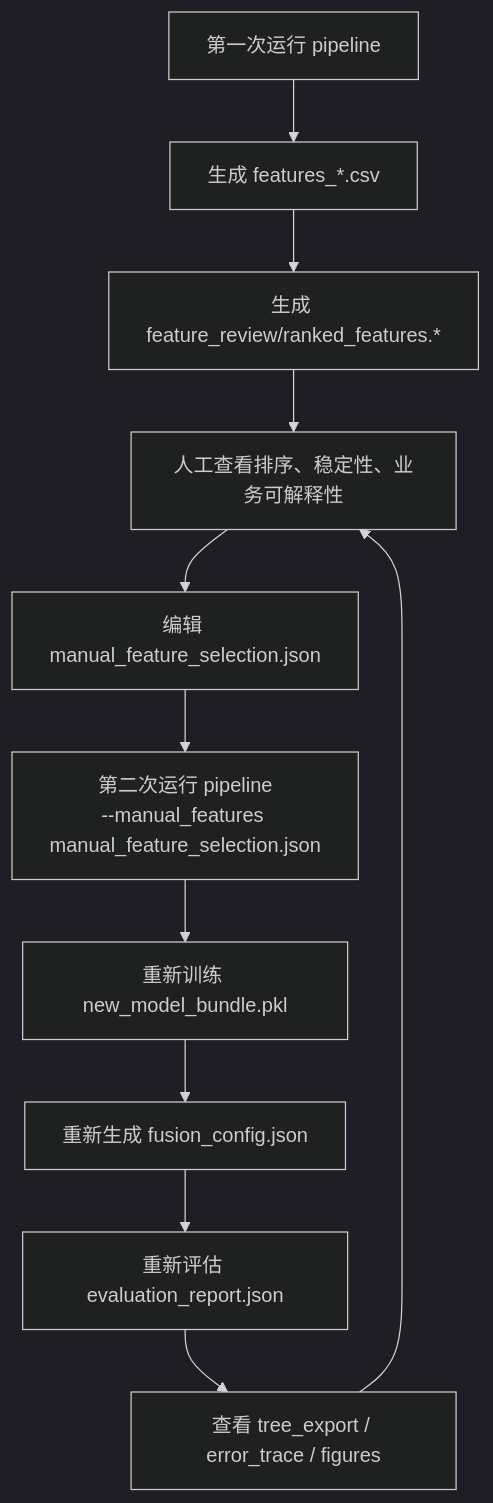
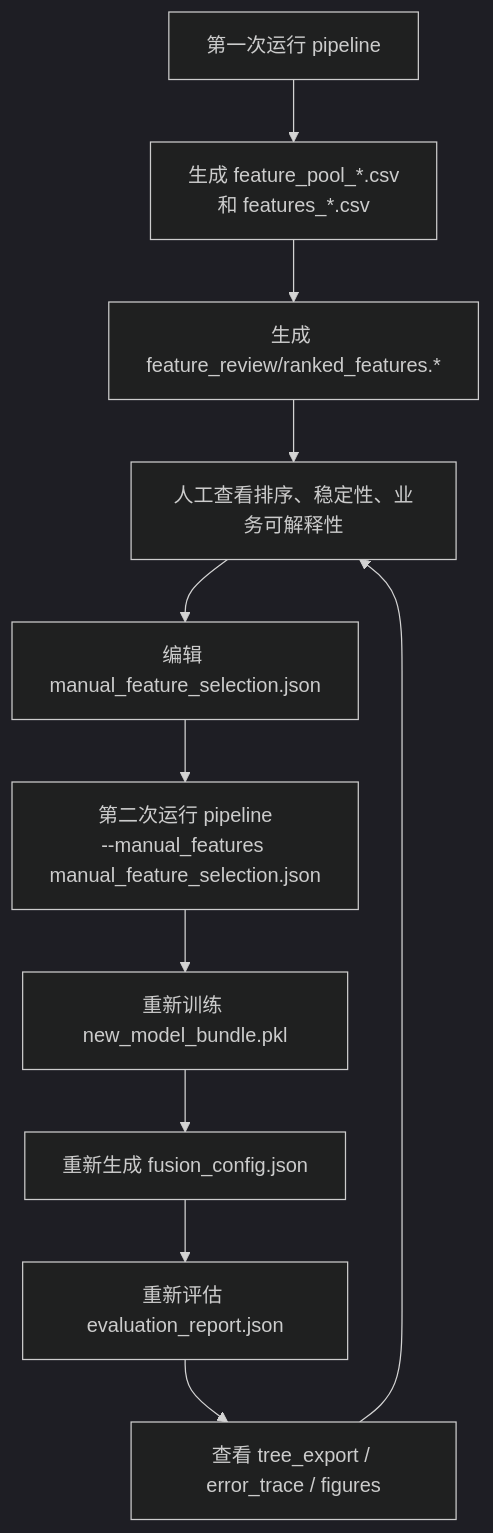
Before and after one commit to Amazing-hw/parallel: the fifth of 6 diagrams in README.md, drawn with Mermaid (dark theme). The commit also changed other lines of this file and 9 other files, not shown here.

````diff
--- a/README.md
+++ b/README.md
@@ -224,13 +234,13 @@
 ```mermaid
 flowchart TD
-    A["第一次运行 pipeline"] --> B["生成 features_*.csv"]
+    A["第一次运行 pipeline"] --> B["生成 feature_pool_*.csv<br/>和 features_*.csv"]
     B --> C["生成 feature_review/ranked_features.*"]
     C --> D["人工查看排序、稳定性、业务可解释性"]
     D --> E["编辑 manual_feature_selection.json"]
     E --> F["第二次运行 pipeline<br/>--manual_features manual_feature_selection.json"]
     F --> G["重新训练 new_model_bundle.pkl"]
     G --> H["重新生成 fusion_config.json"]
     H --> I["重新评估 evaluation_report.json"]
     I --> J["查看 tree_export / error_trace / figures"]
     J --> D
 ```
````
